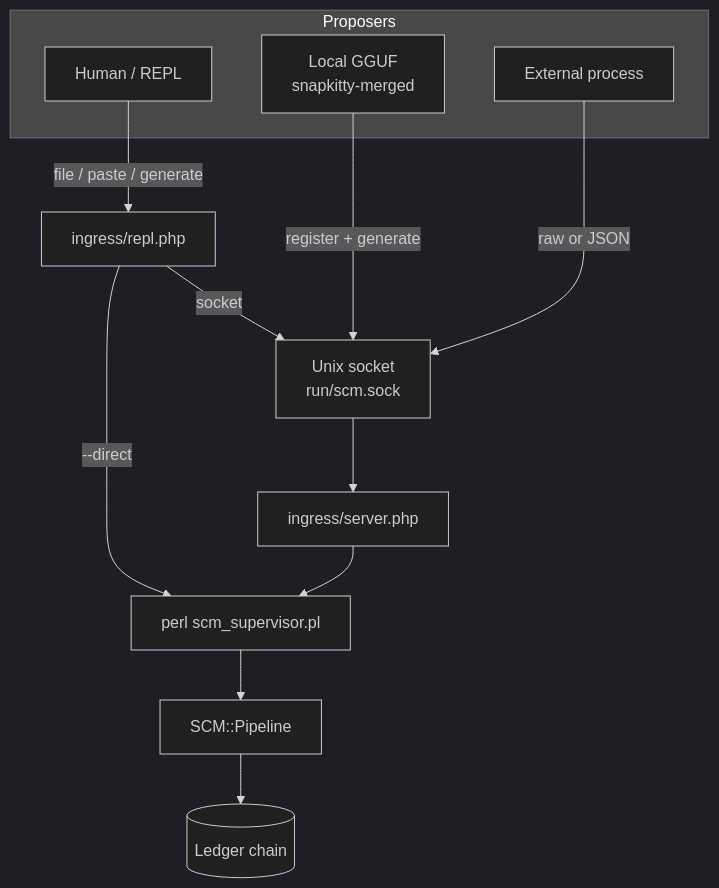
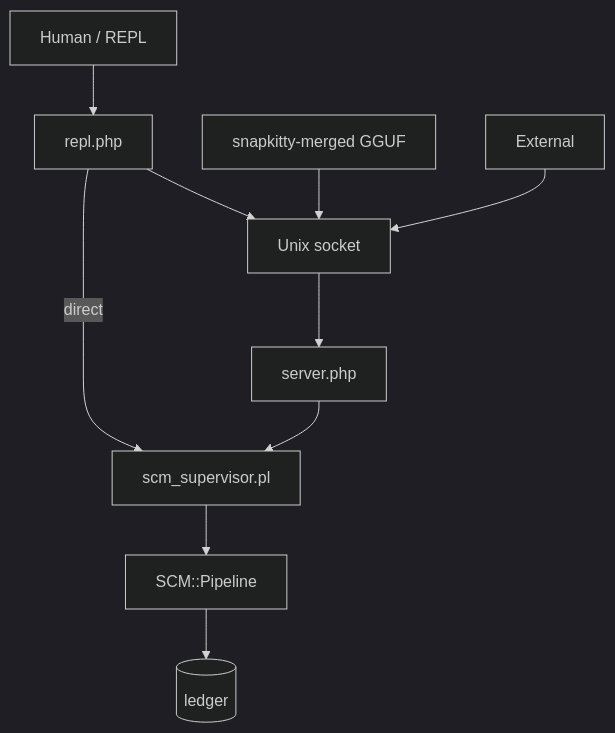
One commit to AHMADALIPARR/sovereign-canvas-machine changed the third of 3 diagrams in README.md. Above: the diagram before and after it, drawn with Mermaid (dark theme). The commit also changed other lines of this file and 1 other file, not shown here.

First line of the commit message:
README: live pipeline traces, photos, full demo substance

````diff
--- a/README.md
+++ b/README.md
@@ -141,18 +140,9 @@
 ```mermaid
 flowchart TB
-  subgraph Proposers
-    HUMAN[Human / REPL]
-    GGUF[Local GGUF<br/>snapkitty-merged]
-    EXT[External process]
-  end
-
-  HUMAN -->|file / paste / generate| REPL[ingress/repl.php]
-  GGUF -->|register + generate| SOCK
-  EXT -->|raw or JSON| SOCK
-  REPL -->|--direct| SUP[perl scm_supervisor.pl]
-  REPL -->|socket| SOCK[Unix socket<br/>run/scm.sock]
-  SOCK --> SRV[ingress/server.php]
-  SRV --> SUP
-  SUP --> PIPE[SCM::Pipeline]
-  PIPE --> LEDGER[(Ledger chain)]
+  HUMAN[Human / REPL] --> REPL[repl.php]
+  GGUF[snapkitty-merged GGUF] --> SOCK
+  EXT[External] --> SOCK
+  REPL -->|direct| SUP[scm_supervisor.pl]
+  REPL --> SOCK[Unix socket]
+  SOCK --> SRV[server.php] --> SUP --> PIPE[SCM::Pipeline] --> L[(ledger)]
 ```
````
